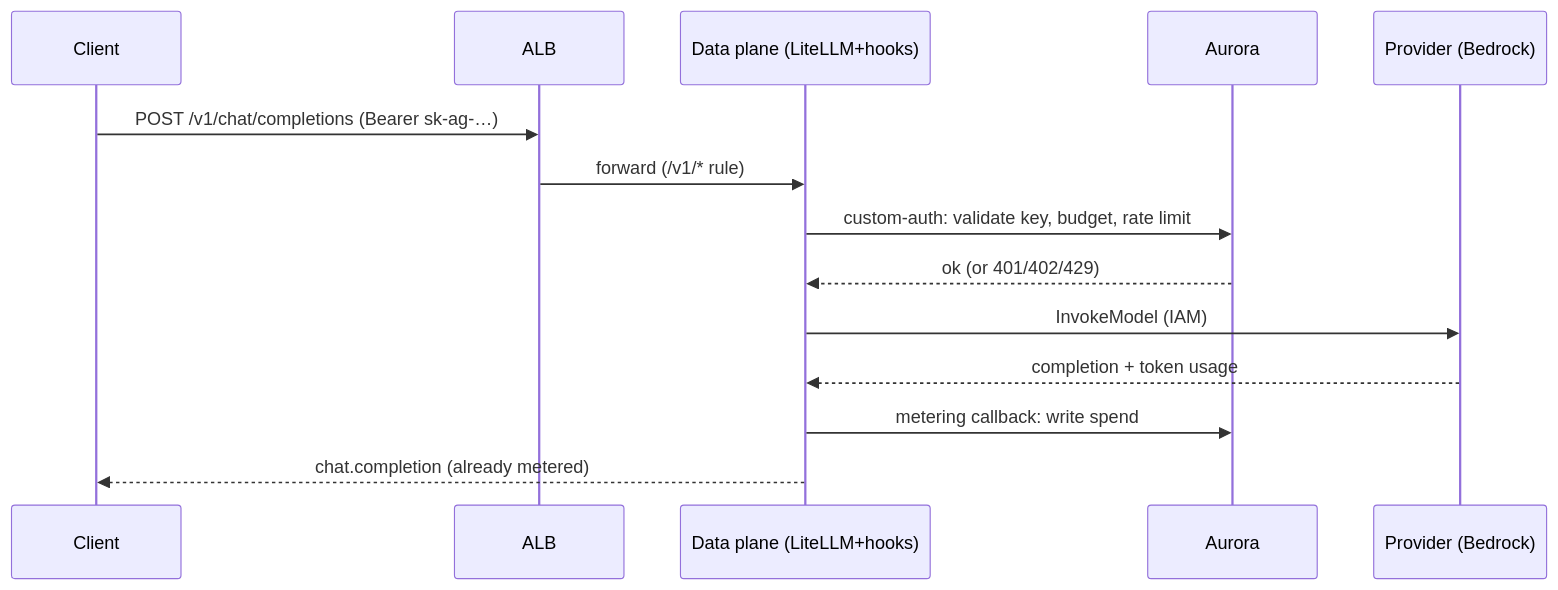
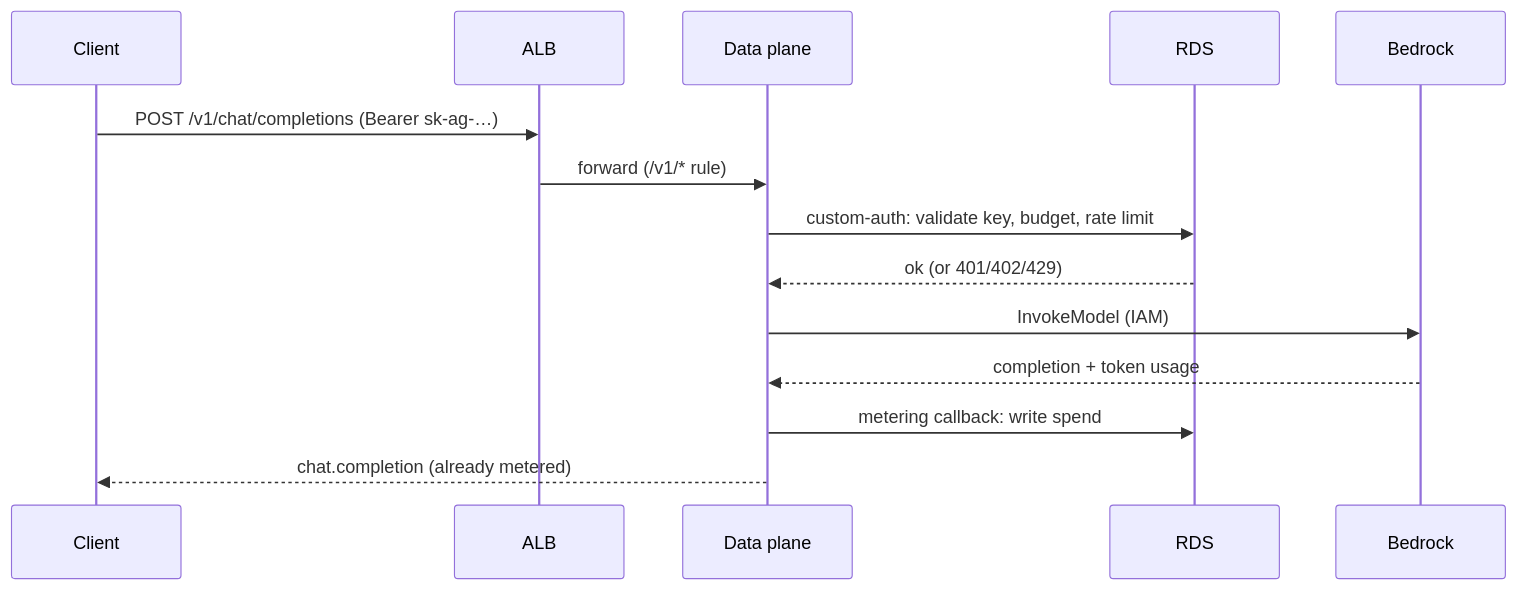
Before and after one commit to yennanliu/ai-gateway: the second of 3 diagrams in doc/aws-cdk-deployment.md, drawn with Mermaid. The commit also changed other lines of this file and 10 other files, not shown here.

````diff
--- a/doc/aws-cdk-deployment.md
+++ b/doc/aws-cdk-deployment.md
@@ -192,16 +179,16 @@
 ```mermaid
 sequenceDiagram
   participant C as Client
   participant A as ALB
-  participant D as Data plane (LiteLLM+hooks)
-  participant DB as Aurora
-  participant P as Provider (Bedrock)
+  participant D as Data plane
+  participant DB as RDS
+  participant P as Bedrock
   C->>A: POST /v1/chat/completions (Bearer sk-ag-…)
   A->>D: forward (/v1/* rule)
   D->>DB: custom-auth: validate key, budget, rate limit
   DB-->>D: ok (or 401/402/429)
   D->>P: InvokeModel (IAM)
   P-->>D: completion + token usage
   D->>DB: metering callback: write spend
   D-->>C: chat.completion (already metered)
 ```
````
